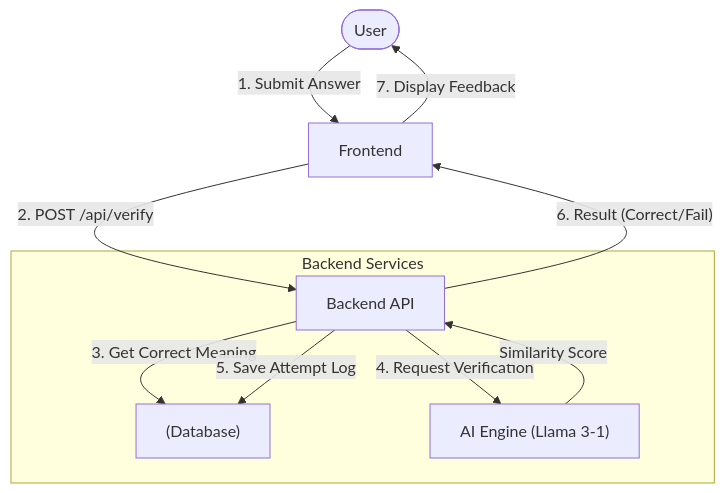
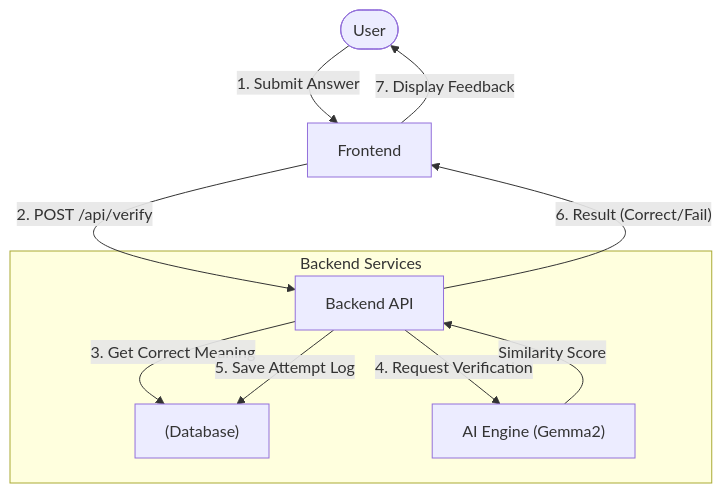
One commit to himchannnn/context_hunter changed the second of 2 diagrams in guide/HLD.md. Above: the diagram before and after it, drawn with Mermaid. The commit also changed other lines of this file and 1 other file, not shown here.

````diff
--- a/guide/HLD.md
+++ b/guide/HLD.md
@@ -92,15 +96,15 @@
 ```mermaid
 flowchart TD
     User([User]) -->|1. Submit Answer| FE["Frontend"]
     FE -->|2. POST /api/verify| BE["Backend API"]
     
     subgraph Backend Services
         BE -->|3. Get Correct Meaning| DB["(Database)"]
-        BE -->|4. Request Verification| AI["AI Engine (Llama 3-1)"]
+        BE -->|4. Request Verification| AI["AI Engine (Gemma2)"]
         AI -- Similarity Score --> BE
         BE -->|5. Save Attempt Log| DB
     end
     
     BE -- 6. Result (Correct/Fail) --> FE
     FE -- 7. Display Feedback --> User
 ```
````
